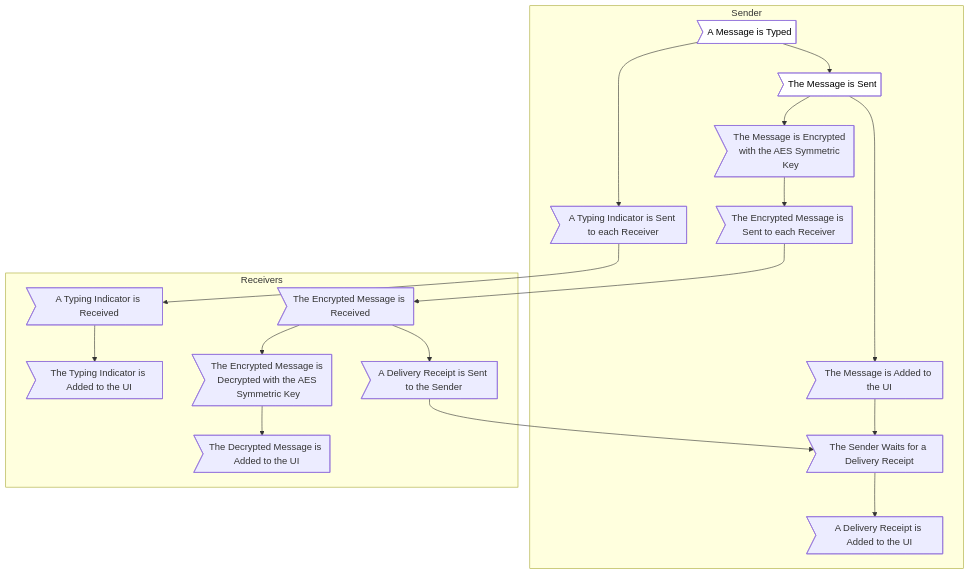
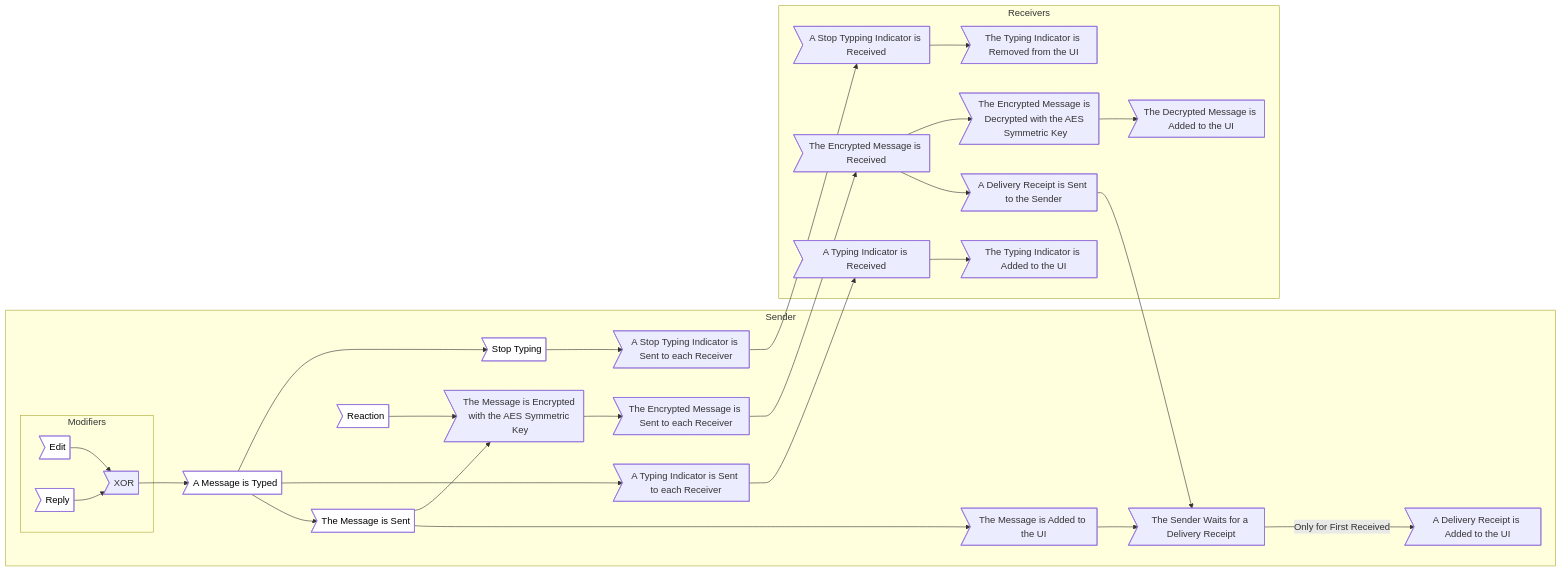
Before and after one commit to xXCrash2BomberXx/TinyChat: the fourth of 4 diagrams in README.md, drawn with Mermaid. The commit also changed other lines of this file, not shown here.

````diff
--- a/README.md
+++ b/README.md
@@ -196,28 +275,35 @@
 ```mermaid
-graph TB;
-    subgraph "Receivers"
-    C;
+graph LR;
+  subgraph "Sender"
+    subgraph "Modifiers"
+      P>Edit] --> O;
+      Q>Reply] --> O;
     end
-  subgraph "Sender"
+    O>XOR] --> A;
     A>A Message is Typed];
+    A --> S>Stop Typing];
+    S --> T>A Stop Typing Indicator is Sent to each Receiver];
     A --> B>A Typing Indicator is Sent to each Receiver];
-    B --> C;
     A --> E>The Message is Sent];
     E --> F>The Message is Encrypted with the AES Symmetric Key];
+    R>Reaction] --> F;
     F --> G>The Encrypted Message is Sent to each Receiver];
     E --> L>The Message is Added to the UI];
     L --> M>The Sender Waits for a Delivery Receipt];
-    M --> N>A Delivery Receipt is Added to the UI];
+    M --> |Only for First Received| N>A Delivery Receipt is Added to the UI];
   end
   subgraph "Receivers"
-    C>A Typing Indicator is Received] --> D>The Typing Indicator is Added to the UI];
+    B --> C>A Typing Indicator is Received];
+    C --> D>The Typing Indicator is Added to the UI];
     G --> H>The Encrypted Message is Received];
     H --> I>The Encrypted Message is Decrypted with the AES Symmetric Key];
     I --> J>The Decrypted Message is Added to the UI];
     H --> K>A Delivery Receipt is Sent to the Sender];
     K --> M;
+    T --> U>A Stop Typping Indicator is Received];
+    U --> V>The Typing Indicator is Removed from the UI];
   end
 
   classDef user fill:#fff,color:#000
-  class A,E user;
+  class A,E,P,Q,R,S user;
 ```
````
